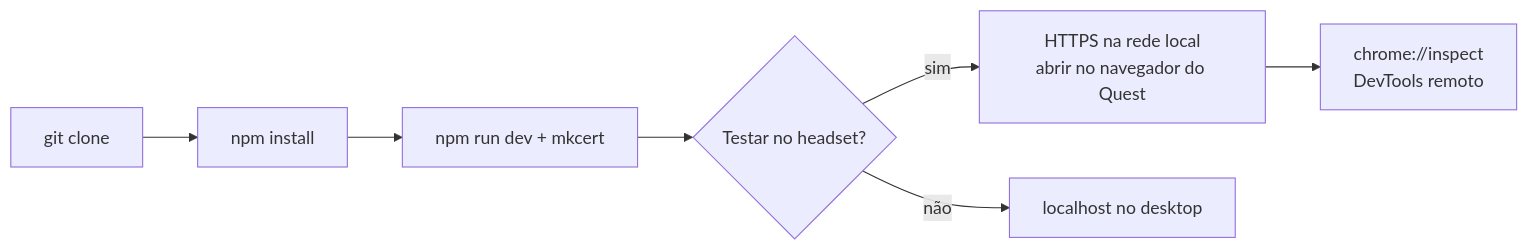
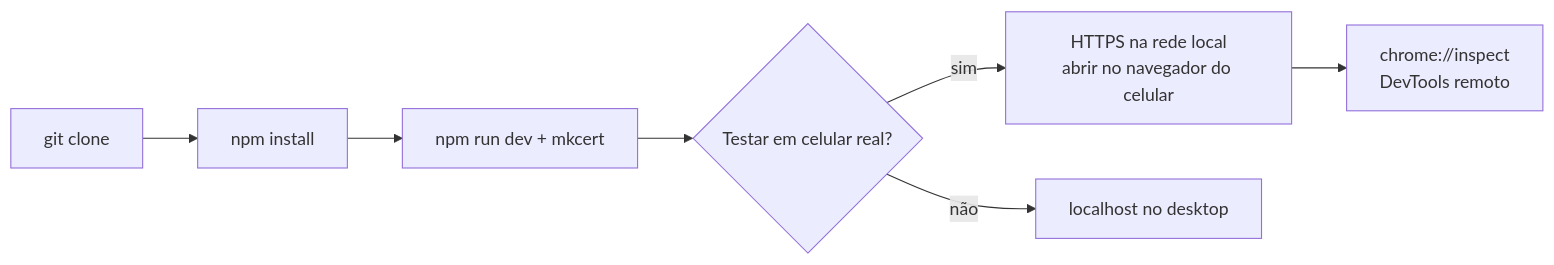
Before and after one commit to rafafrd/LP-with-VR: the diagram in docs/vault/03-Desenvolvimento/Setup-do-Ambiente.md, drawn with Mermaid. The commit also changed other lines of this file and 17 other files, not shown here.

````diff
--- a/docs/vault/03-Desenvolvimento/Setup-do-Ambiente.md
+++ b/docs/vault/03-Desenvolvimento/Setup-do-Ambiente.md
@@ -53,9 +57,9 @@
 ```mermaid
 flowchart LR
     A[git clone] --> B[npm install]
     B --> C[npm run dev + mkcert]
-    C --> D{Testar no headset?}
-    D -- sim --> E[HTTPS na rede local<br/>abrir no navegador do Quest]
+    C --> D{Testar em celular real?}
+    D -- sim --> E[HTTPS na rede local<br/>abrir no navegador do celular]
     D -- não --> F[localhost no desktop]
     E --> G[chrome://inspect<br/>DevTools remoto]
 ```
````
